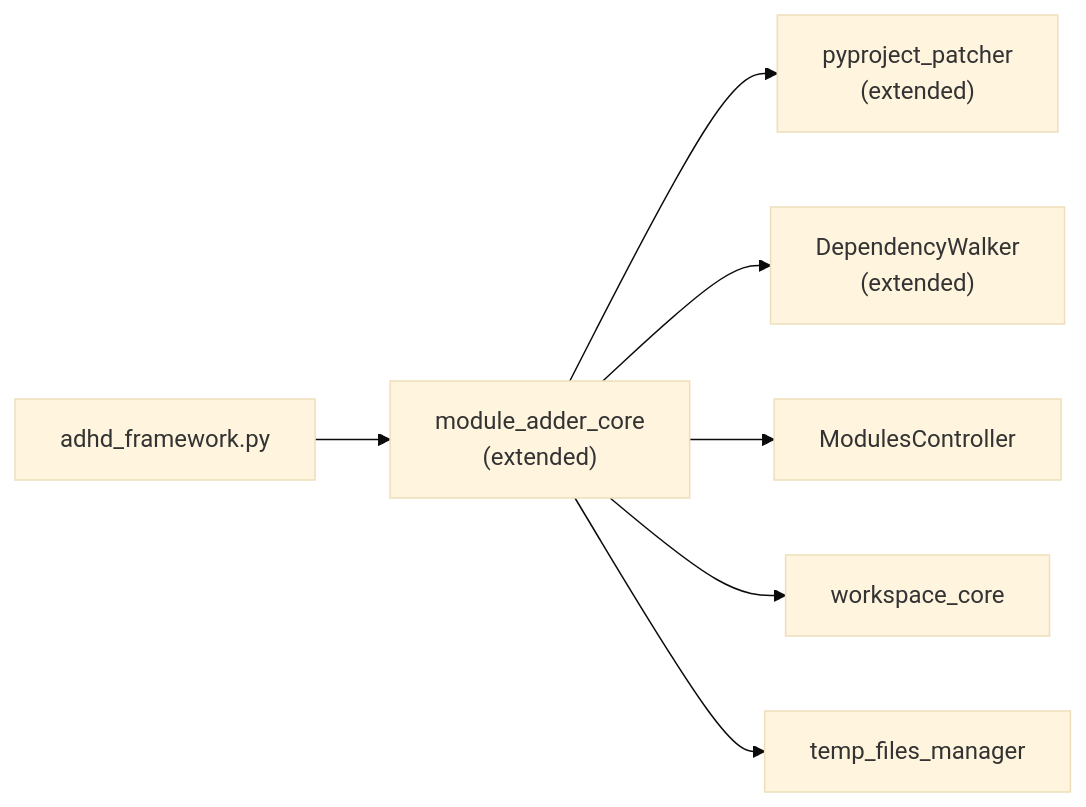
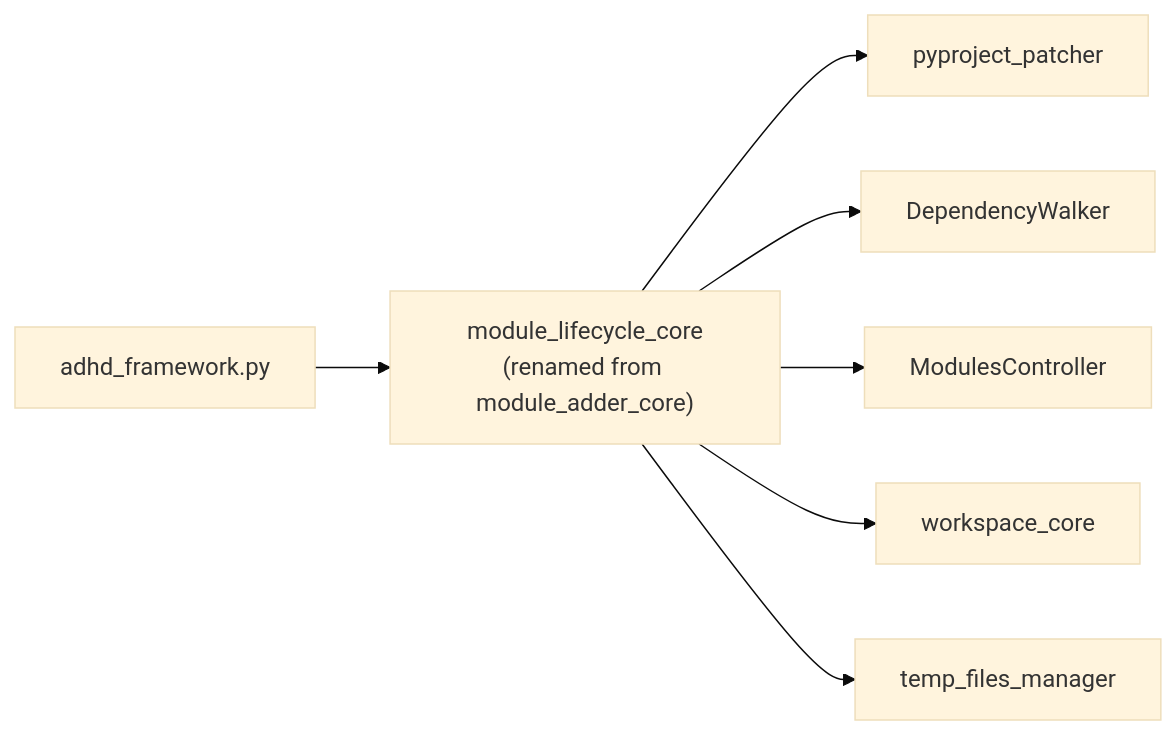
One commit to AI-Driven-Highspeed-Development/adhd_framework_v3 changed the diagram in .agent_plan/day_dream/module-lifecycle/module_structure.md. Above: the diagram before and after it, drawn with Mermaid (base theme). The commit also changed other lines of this file and 66 other files, not shown here.

First line of the commit message:
Add unit tests for module lifecycle management and pyproject manipulation

````diff
--- a/.agent_plan/day_dream/module-lifecycle/module_structure.md
+++ b/.agent_plan/day_dream/module-lifecycle/module_structure.md
@@ -72,9 +270,9 @@
 ```mermaid
 flowchart LR
-    CLI["adhd_framework.py"] --> MAR["module_adder_core<br/>(extended)"]
-    MAR --> PP["pyproject_patcher<br/>(extended)"]
-    MAR --> DW["DependencyWalker<br/>(extended)"]
-    MAR --> MC["ModulesController"]
-    MAR --> WB["workspace_core"]
-    MAR --> TF["temp_files_manager"]
+    CLI["adhd_framework.py"] --> MLC["module_lifecycle_core<br/>(renamed from module_adder_core)"]
+    MLC --> PP["pyproject_patcher"]
+    MLC --> DW["DependencyWalker"]
+    MLC --> MC["ModulesController"]
+    MLC --> WB["workspace_core"]
+    MLC --> TF["temp_files_manager"]
 ```
````
